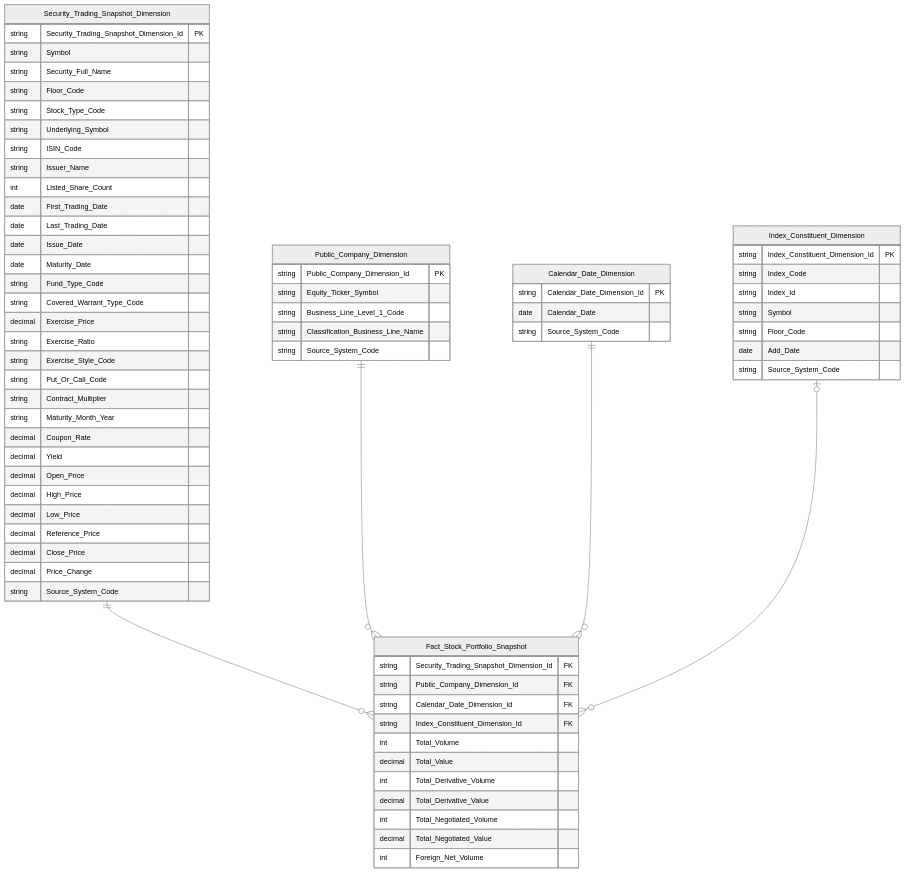
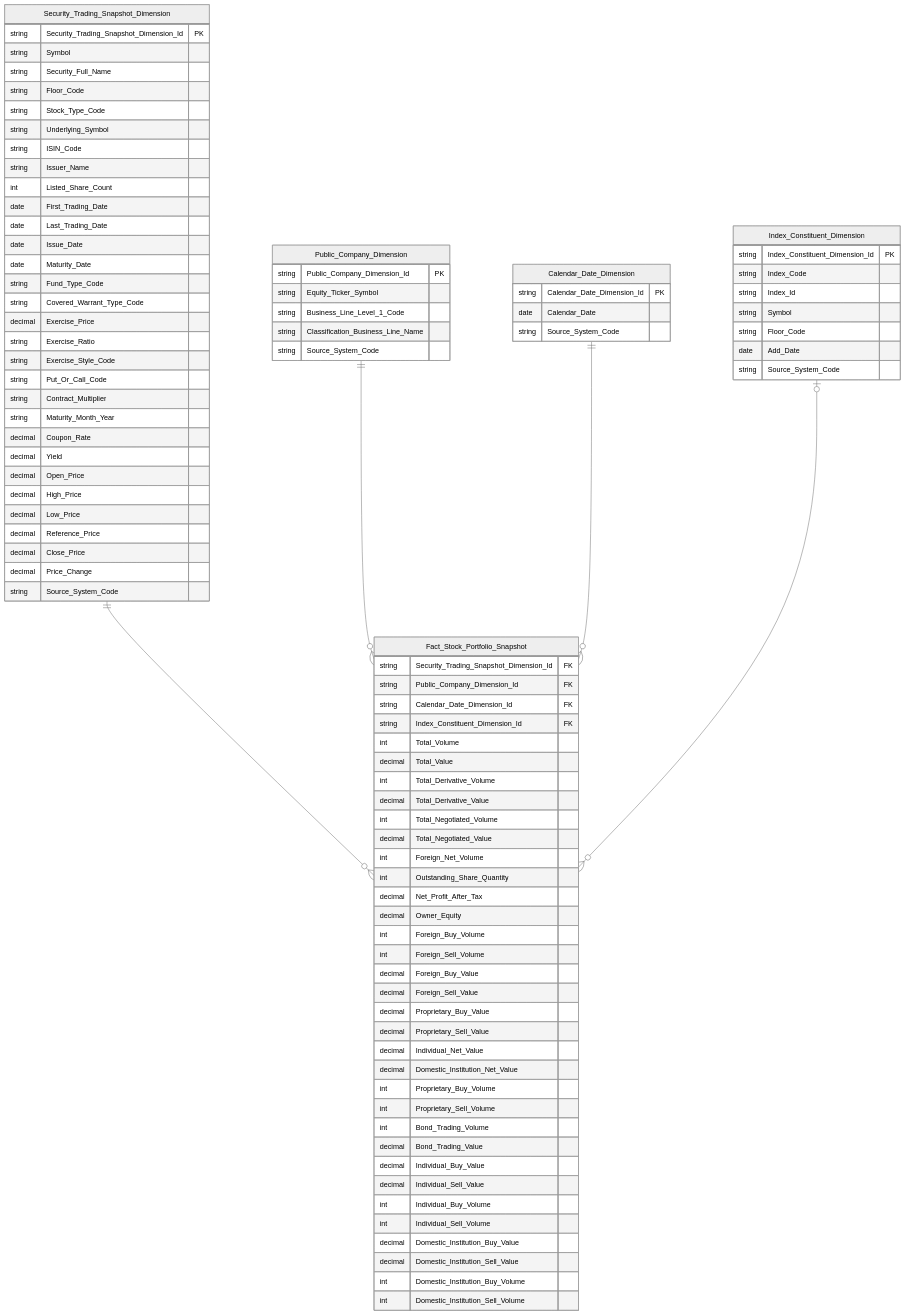
One commit to linhlvit/ubck_atomic_design changed the fifth of 57 diagrams in Datamart/hld/DTM_GSTT_HLD.md. Above: the diagram before and after it, drawn with Mermaid (neutral theme). The commit also changed other lines of this file and 2 other files, not shown here.

Commit message:
update GSTT

```diff
--- a/Datamart/hld/DTM_GSTT_HLD.md
+++ b/Datamart/hld/DTM_GSTT_HLD.md
@@ -243,6 +243,29 @@
         int Total_Negotiated_Volume
         decimal Total_Negotiated_Value
         int Foreign_Net_Volume
+        int Outstanding_Share_Quantity
+        decimal Net_Profit_After_Tax
+        decimal Owner_Equity
+        int Foreign_Buy_Volume
+        int Foreign_Sell_Volume
+        decimal Foreign_Buy_Value
+        decimal Foreign_Sell_Value
+        decimal Proprietary_Buy_Value
+        decimal Proprietary_Sell_Value
+        decimal Individual_Net_Value
+        decimal Domestic_Institution_Net_Value
+        int Proprietary_Buy_Volume
+        int Proprietary_Sell_Volume
+        int Bond_Trading_Volume
+        decimal Bond_Trading_Value
+        decimal Individual_Buy_Value
+        decimal Individual_Sell_Value
+        int Individual_Buy_Volume
+        int Individual_Sell_Volume
+        decimal Domestic_Institution_Buy_Value
+        decimal Domestic_Institution_Sell_Value
+        int Domestic_Institution_Buy_Volume
+        int Domestic_Institution_Sell_Volume
     }
     Security_Trading_Snapshot_Dimension ||--o{ Fact_Stock_Portfolio_Snapshot : " "
     Public_Company_Dimension ||--o{ Fact_Stock_Portfolio_Snapshot : " "
```
